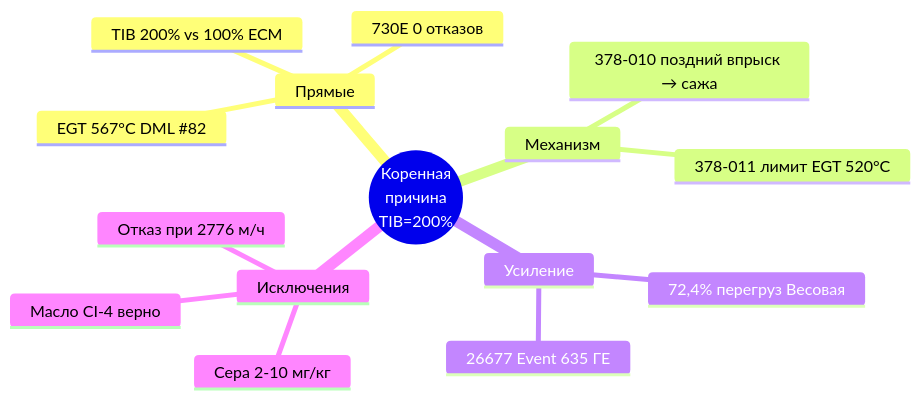
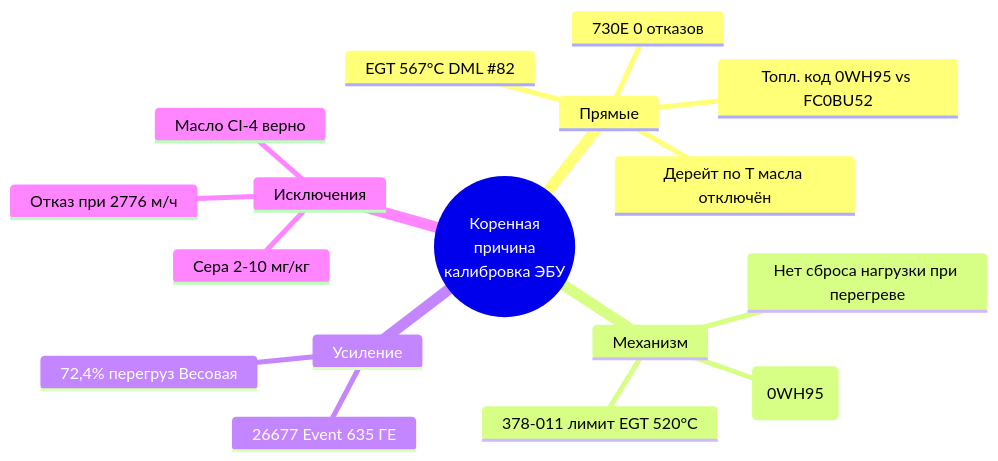
Before and after one commit to victorekuznetsov/NTE200: the third of 4 diagrams in 02 Диагностика/Думающая модель — карта расследования.md, drawn with Mermaid. The commit also changed other lines of this file and 22 other files, not shown here.

First line of the commit message:
Исправление TIB по аутентичному экспорту Calterm: TIB = Trip Information Base, не влияет на впрыск

````diff
--- a/02 Диагностика/Думающая модель — карта расследования.md
+++ b/02 Диагностика/Думающая модель — карта расследования.md
@@ -150,18 +153,20 @@
 ```mermaid
 mindmap
-  root((Коренная<br/>причина<br/>TIB=200%))
+  root((Коренная<br/>причина<br/>калибровка ЭБУ))
     Прямые
       EGT 567°C DML #82
-      TIB 200% vs 100% ECM
+      Топл. код 0WH95 vs FC0BU52
+      Дерейт по T масла отключён
       730E 0 отказов
     Механизм
-      378-010 поздний впрыск → сажа
+      Иная карта впрыска (0WH95)
+      Нет сброса нагрузки при перегреве
       378-011 лимит EGT 520°C
     Усиление
       72,4% перегруз Весовая
       26677 Event 635 ГЕ
     Исключения
       Сера 2-10 мг/кг
       Масло CI-4 верно
       Отказ при 2776 м/ч
 ```
````
